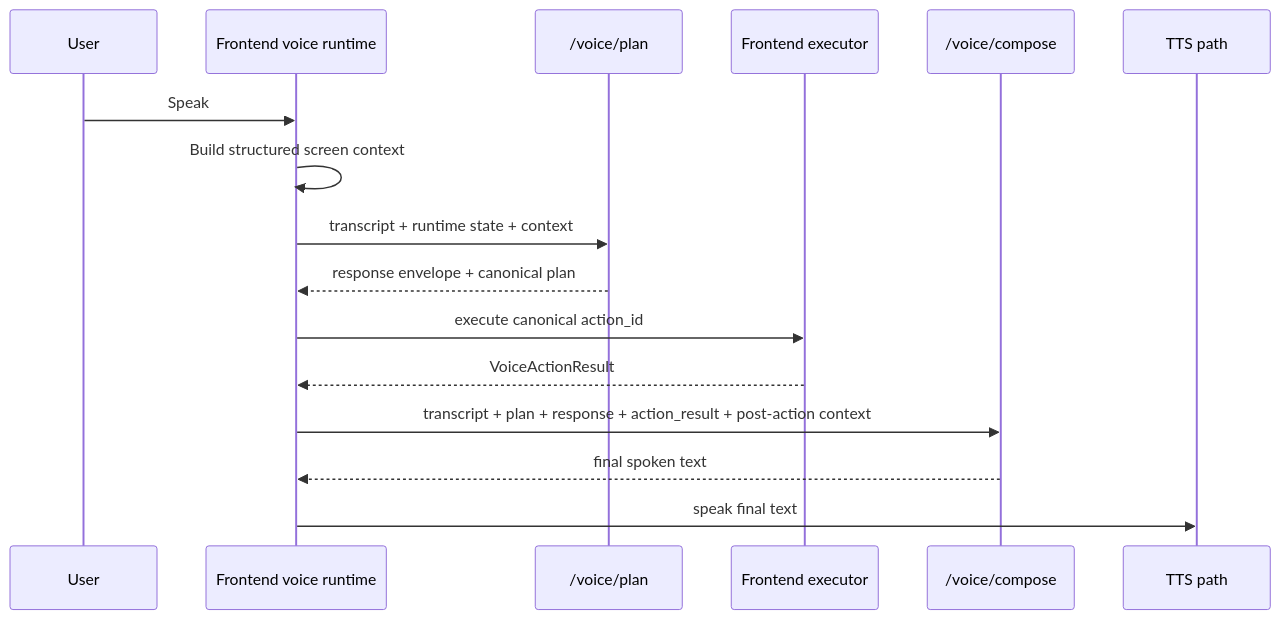
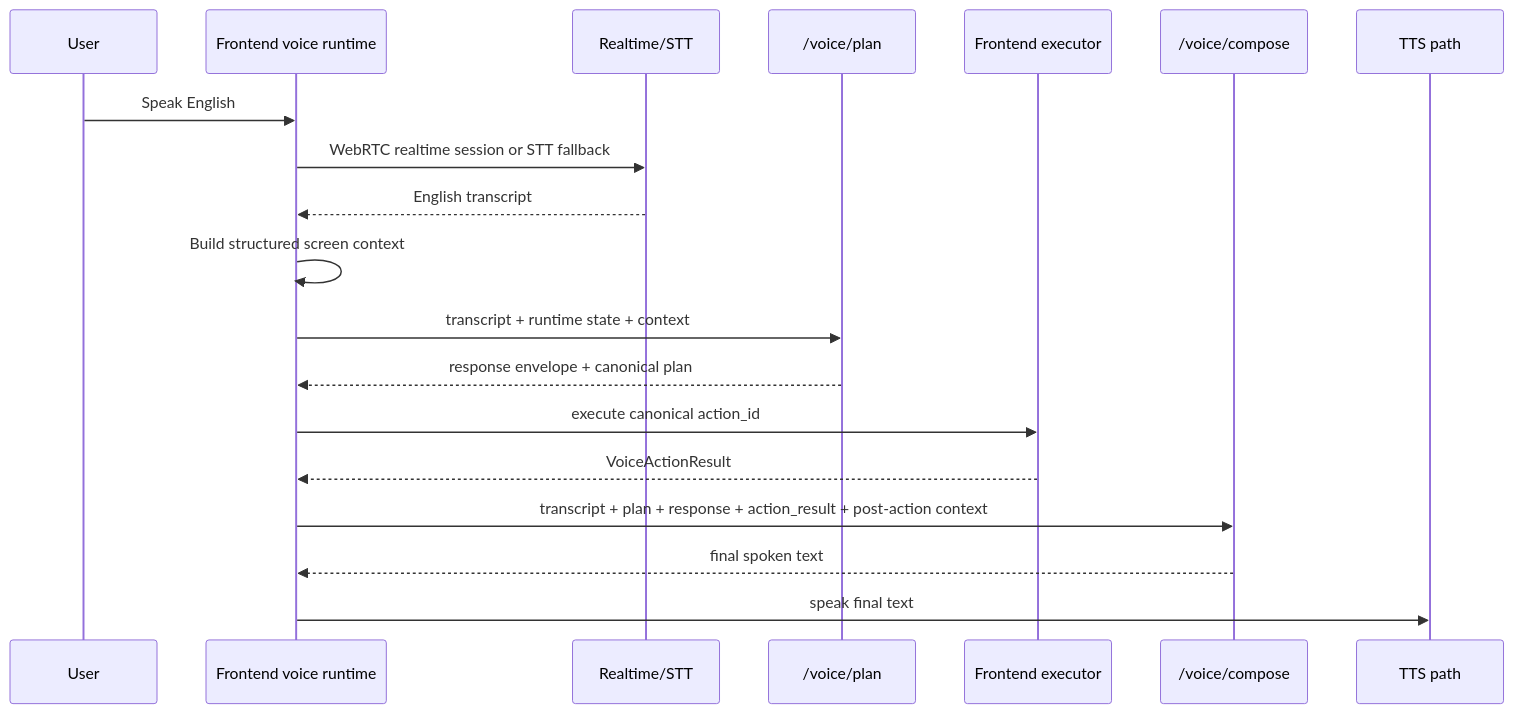
One commit to hushh-labs/hushh-research changed the diagram in docs/reference/kai/kai-voice-runtime-architecture.md. Above: the diagram before and after it, drawn with Mermaid. The commit also changed other lines of this file and 18 other files, not shown here.

````diff
--- a/docs/reference/kai/kai-voice-runtime-architecture.md
+++ b/docs/reference/kai/kai-voice-runtime-architecture.md
@@ -5,19 +5,22 @@
 ```mermaid
 sequenceDiagram
   participant User
   participant FE as Frontend voice runtime
+  participant RT as Realtime/STT
   participant Plan as /voice/plan
   participant Exec as Frontend executor
   participant Compose as /voice/compose
   participant TTS as TTS path
 
-  User->>FE: Speak
+  User->>FE: Speak English
+  FE->>RT: WebRTC realtime session or STT fallback
+  RT-->>FE: English transcript
   FE->>FE: Build structured screen context
   FE->>Plan: transcript + runtime state + context
   Plan-->>FE: response envelope + canonical plan
   FE->>Exec: execute canonical action_id
   Exec-->>FE: VoiceActionResult
   FE->>Compose: transcript + plan + response + action_result + post-action context
   Compose-->>FE: final spoken text
   FE->>TTS: speak final text
 ```
````
